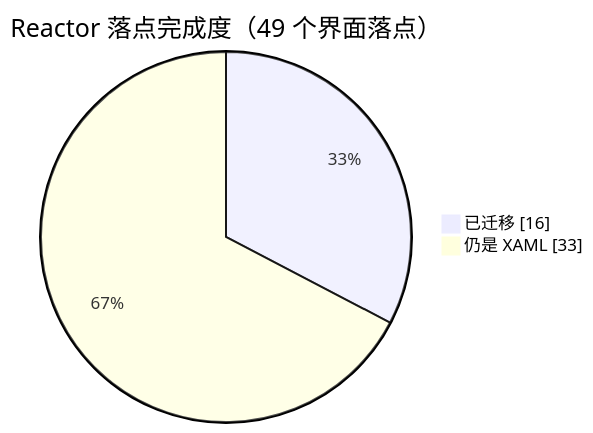
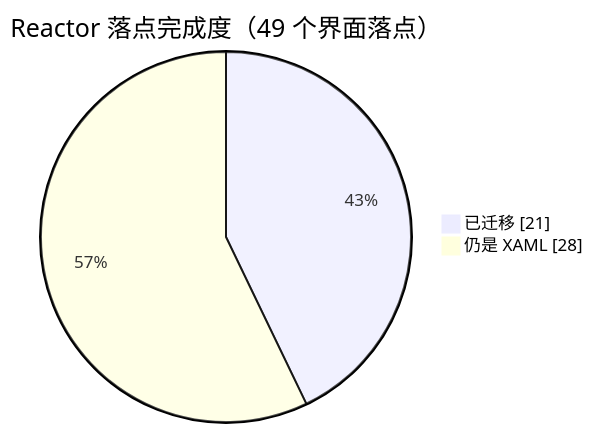
Before and after one commit to TravelLeobai/Bili.Copilot: the diagram in README.md, drawn with Mermaid. The commit also changed other lines of this file and 16 other files, not shown here.

````diff
--- a/README.md
+++ b/README.md
@@ -31,6 +31,6 @@
 ```mermaid
 pie showData
     title Reactor 落点完成度（49 个界面落点）
-    "已迁移" : 16
-    "仍是 XAML" : 33
+    "已迁移" : 21
+    "仍是 XAML" : 28
 ```
````
